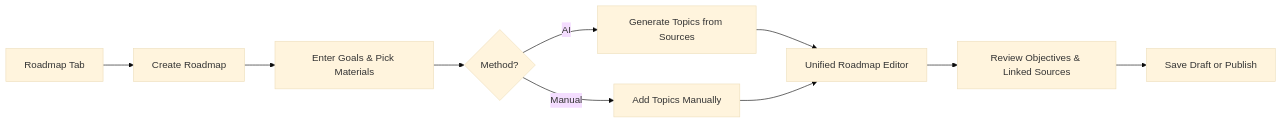
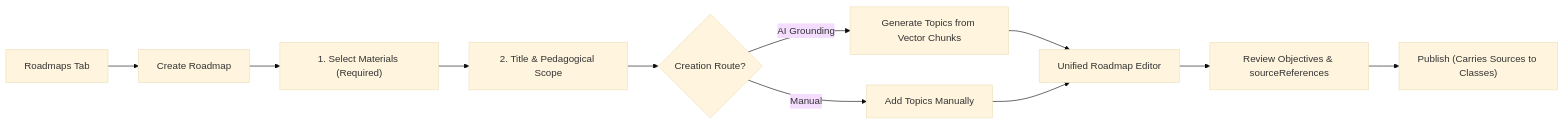
One commit to shreyas0b0acharya/IntelliClass-AI-Gemini-Live changed diagram 23 of 28 in docs/architecture/flow.md. Above: the diagram before and after it, drawn with Mermaid (base theme). The commit also changed other lines of this file and 99 other files, not shown here.

````diff
--- a/docs/architecture/flow.md
+++ b/docs/architecture/flow.md
@@ -833,12 +900,13 @@
 ```mermaid
 flowchart LR
-    RMTab["Roadmap Tab"] --> NewRM["Create Roadmap"]
-    NewRM --> GoalsSources["Enter Goals & Pick Materials"]
-    GoalsSources --> Route{"Method?"}
-    Route -->|"AI"| AutoGen["Generate Topics from Sources"]
+    RMTab["Roadmaps Tab"] --> NewRM["Create Roadmap"]
+    NewRM --> Step1["1. Select Materials (Required)"]
+    Step1 --> Step2["2. Title & Pedagogical Scope"]
+    Step2 --> Route{"Creation Route?"}
+    Route -->|"AI Grounding"| AutoGen["Generate Topics from Vector Chunks"]
     Route -->|"Manual"| ManualAdd["Add Topics Manually"]
     AutoGen --> CommonEditor["Unified Roadmap Editor"]
     ManualAdd --> CommonEditor
-    CommonEditor --> Review["Review Objectives & Linked Sources"]
-    Review --> SaveOpt["Save Draft or Publish"]
+    CommonEditor --> Review["Review Objectives & sourceReferences"]
+    Review --> SaveOpt["Publish (Carries Sources to Classes)"]
 ```
````
